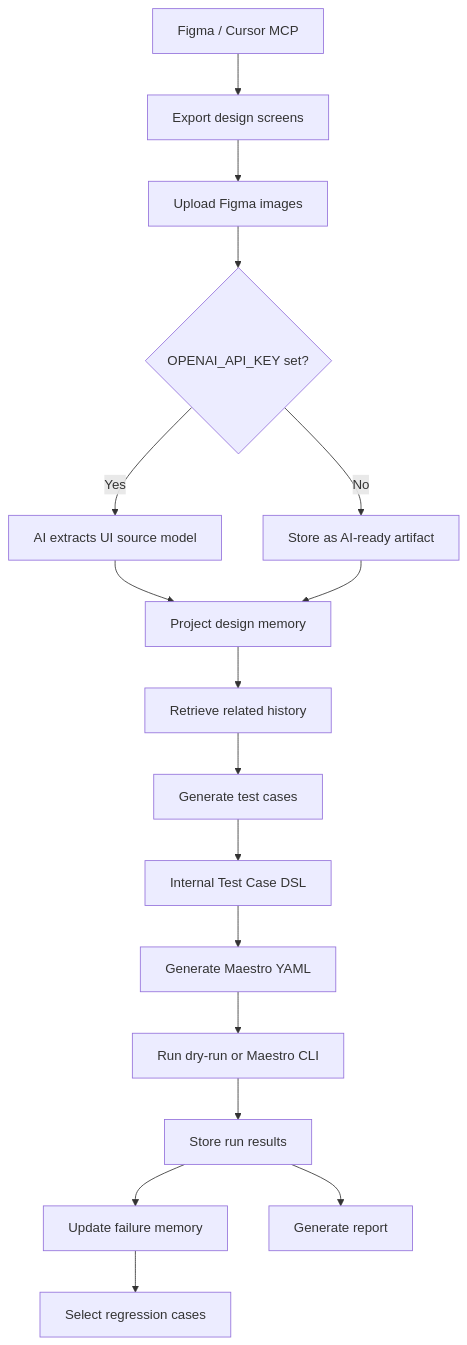
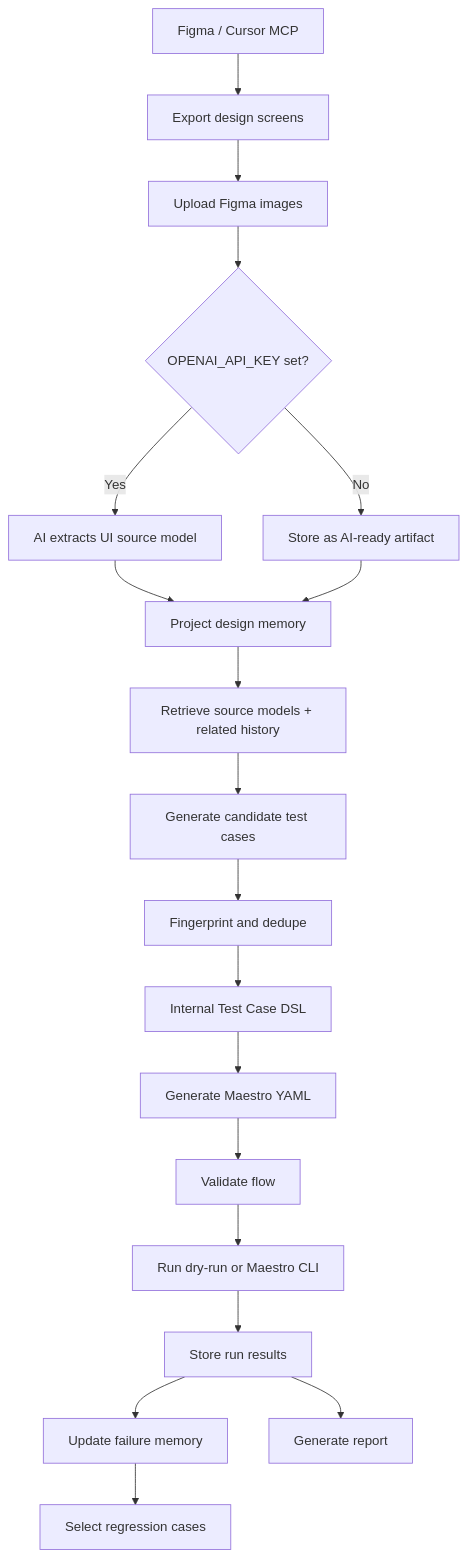
One commit to Campaignhatsecretin185/ai-design2test changed the first of 6 diagrams in DESIGN.md. Above: the diagram before and after it, drawn with Mermaid. The commit also changed other lines of this file and 8 other files, not shown here.

````diff
--- a/DESIGN.md
+++ b/DESIGN.md
@@ -23,19 +30,21 @@
 ```mermaid
 flowchart TD
   A["Figma / Cursor MCP"] --> B["Export design screens"]
   B --> C["Upload Figma images"]
   C --> D{"OPENAI_API_KEY set?"}
   D -->|Yes| E["AI extracts UI source model"]
   D -->|No| F["Store as AI-ready artifact"]
   E --> G["Project design memory"]
   F --> G
-  G --> H["Retrieve related history"]
-  H --> I["Generate test cases"]
-  I --> J["Internal Test Case DSL"]
-  J --> K["Generate Maestro YAML"]
-  K --> L["Run dry-run or Maestro CLI"]
-  L --> M["Store run results"]
-  M --> N["Update failure memory"]
-  N --> O["Select regression cases"]
-  M --> P["Generate report"]
+  G --> H["Retrieve source models + related history"]
+  H --> I["Generate candidate test cases"]
+  I --> J["Fingerprint and dedupe"]
+  J --> K["Internal Test Case DSL"]
+  K --> L["Generate Maestro YAML"]
+  L --> M["Validate flow"]
+  M --> N["Run dry-run or Maestro CLI"]
+  N --> O["Store run results"]
+  O --> P["Update failure memory"]
+  P --> Q["Select regression cases"]
+  O --> R["Generate report"]
 ```
````
